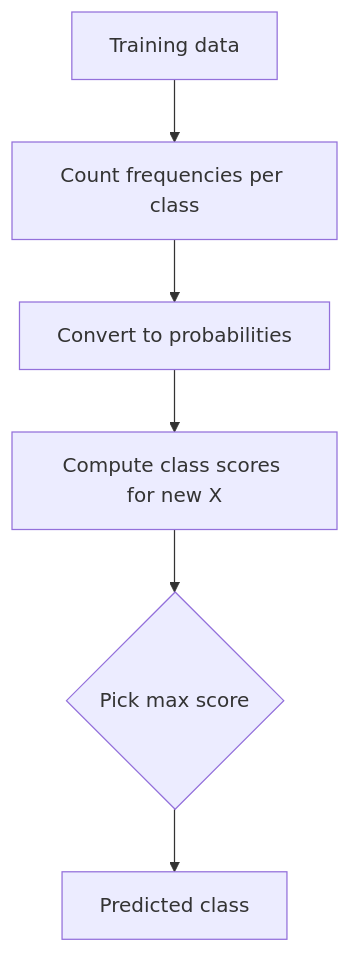
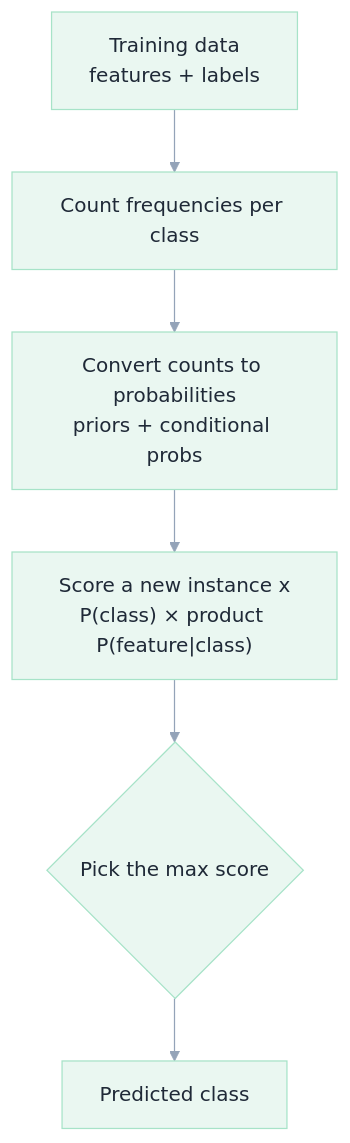
The first of 2 diagrams in content/docs/ai/statistics/conditional-probability/023_naive_Bayes.md (arshadhs/arshadhs.github.io), drawn with Mermaid before and after one commit. The commit also changed other lines of this file and 5 other files, not shown here.

```diff
--- a/content/docs/ai/statistics/conditional-probability/023_naive_Bayes.md
+++ b/content/docs/ai/statistics/conditional-probability/023_naive_Bayes.md
@@ -162,8 +132,16 @@
 {{< mermaid >}}
+%%{init: {'theme':'base','themeVariables': {
+  'fontFamily':'Inter, ui-sans-serif, system-ui',
+  'primaryColor':'#EAF7F1',
+  'primaryTextColor':'#1F2937',
+  'primaryBorderColor':'#A7E3C8',
+  'lineColor':'#94A3B8',
+  'tertiaryColor':'#F8FAFC'
+}}}%%
 flowchart TD
-  A[Training data] --> B[Count frequencies per class]
-  B --> C[Convert to probabilities]
-  C --> D[Compute class scores for new X]
-  D --> E{Pick max score}
-  E --> F[Predicted class]
+  A["Training data<br/>features + labels"] --> B["Count frequencies per class"]
+  B --> C["Convert counts to probabilities<br/>priors + conditional probs"]
+  C --> D["Score a new instance x<br/>P(class) × product P(feature|class)"]
+  D --> E{"Pick the max score"}
+  E --> F["Predicted class"]
 {{< /mermaid >}}
```
